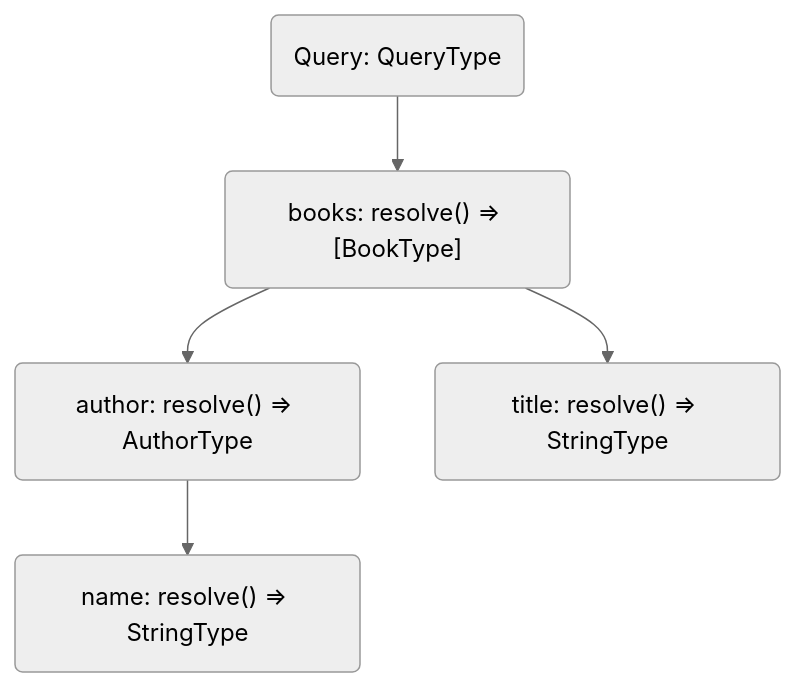
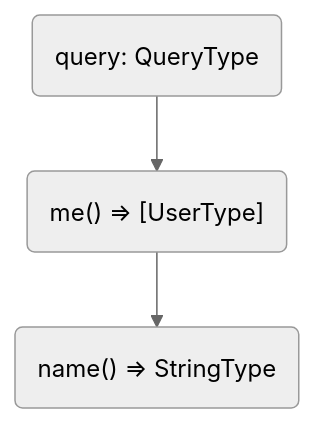
Before and after one commit to ChilliCream/graphql-platform: the second of 3 diagrams in website/src/docs/hotchocolate/fetching-data/index.md, drawn with Mermaid (neutral theme). The commit also changed other lines of this file and 9 other files, not shown here.

````diff
--- a/website/src/docs/hotchocolate/fetching-data/index.md
+++ b/website/src/docs/hotchocolate/fetching-data/index.md
@@ -41,7 +41,5 @@
 ```mermaid
 graph TD
-  A(Query: QueryType) --> B("books: resolve() => [BookType]")
-  B --> C("author: resolve() => AuthorType")
-  B --> D("title: resolve() => StringType")
-  C --> E("name: resolve() => StringType")
+  A(query: QueryType) --> B("me() => [UserType]")
+  B --> C("name() => StringType")
 ```
````
